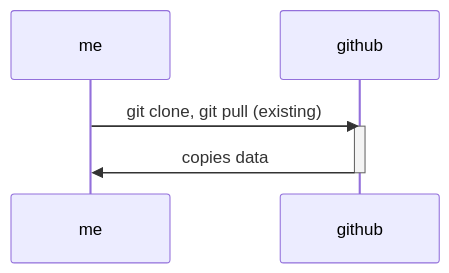
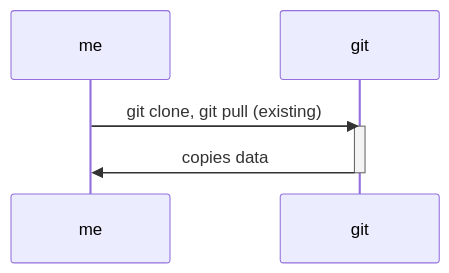
The diagram in README.md (aeryskyB/part0-fullstackopen-23), drawn with Mermaid before and after one commit. The commit also changed other lines of this file, not shown here.

Commit message:
Update README.md
--update
    v.2

````diff
--- a/README.md
+++ b/README.md
@@ -3,10 +3,10 @@
 ```mermaid
 sequenceDiagram
     participant me
-    participant github
+    participant git
   
-    me->>github: git clone, git pull (existing)
-    activate github
-    github->>me: copies data
-    deactivate github
+    me->>git: git clone, git pull (existing)
+    activate git
+    git->>me: copies data
+    deactivate git
 ```
````
